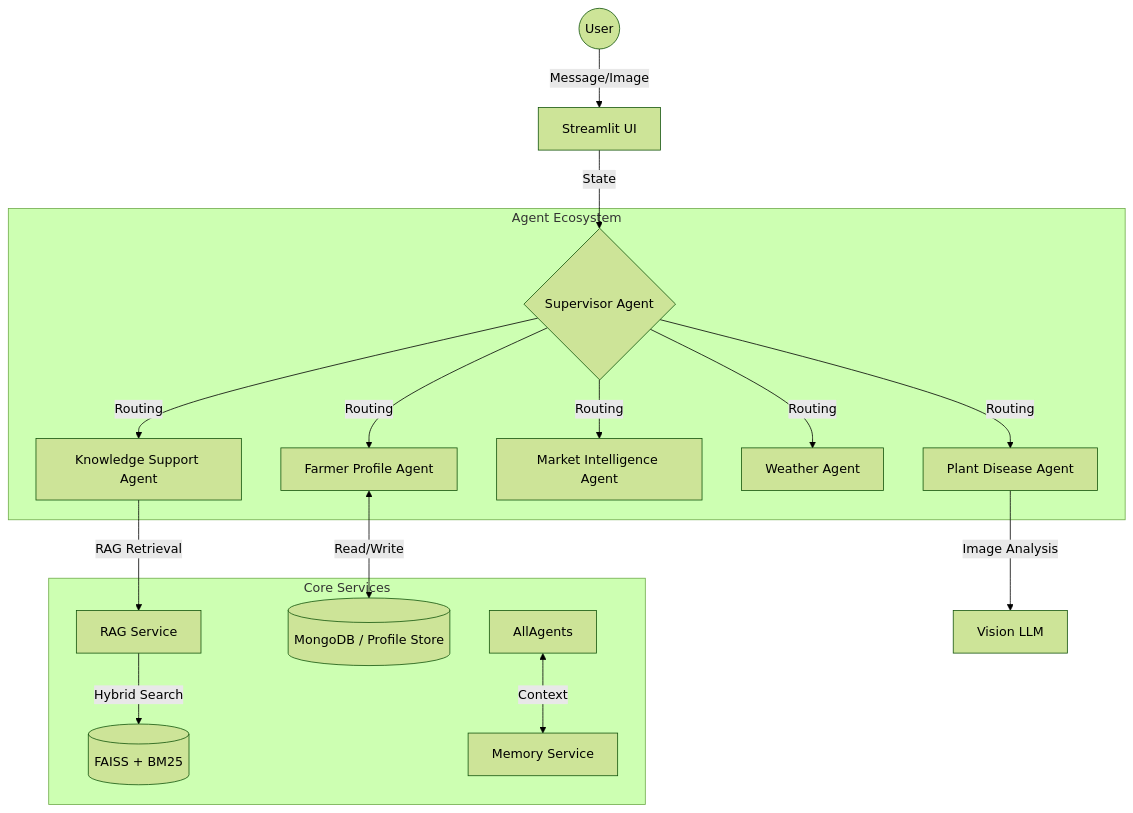
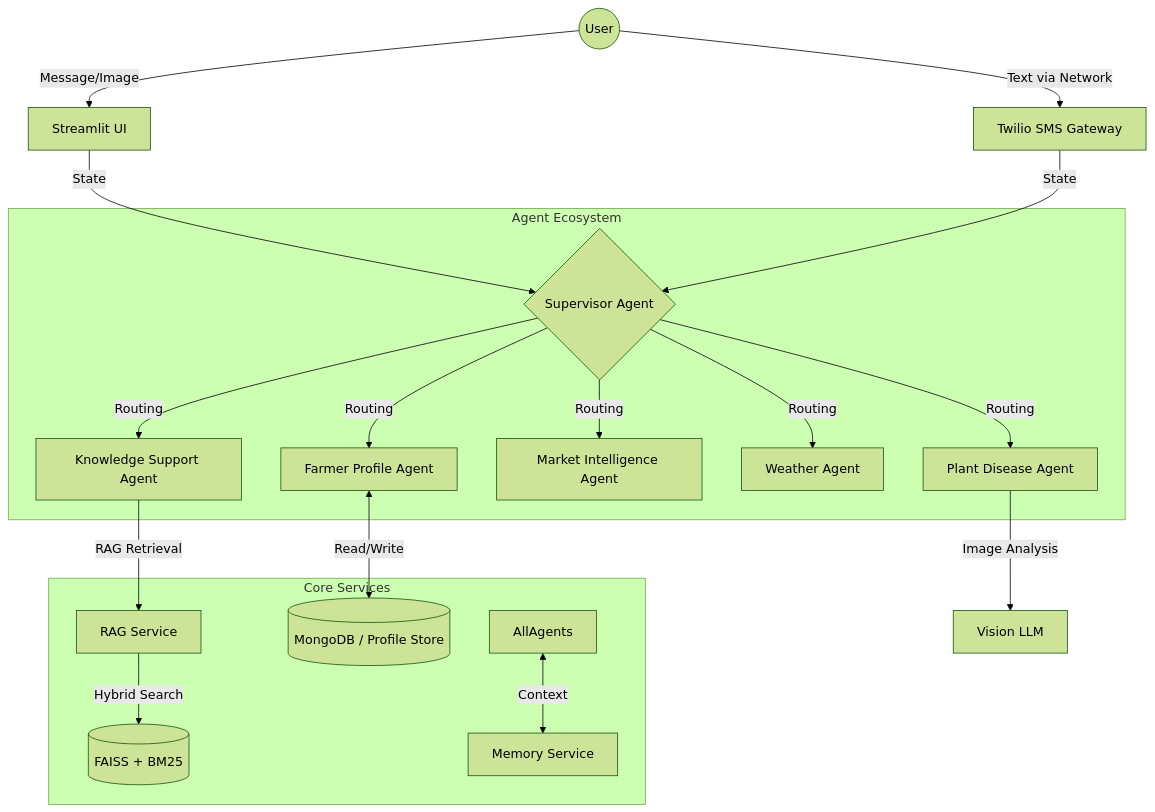
Before and after one commit to BadrinathanTV/Farm-AI: the diagram in README.md, drawn with Mermaid (forest theme). The commit also changed other lines of this file, not shown here.

First line of the commit message:
Integrate SMS gateway for offline user interaction

````diff
--- a/README.md
+++ b/README.md
@@ -18,23 +18,25 @@
 ```mermaid
 graph TD
     User((User)) -->|Message/Image| Streamlit[Streamlit UI]
+    User -->|Text via Network| SMS[Twilio SMS Gateway]
     Streamlit -->|State| Supervisor{Supervisor Agent}
+    SMS -->|State| Supervisor
     
     subgraph "Agent Ecosystem"
         Supervisor -->|Routing| Profile[Farmer Profile Agent]
         Supervisor -->|Routing| Knowledge[Knowledge Support Agent]
         Supervisor -->|Routing| Market[Market Intelligence Agent]
         Supervisor -->|Routing| Weather[Weather Agent]
         Supervisor -->|Routing| Disease[Plant Disease Agent]
     end
 
     subgraph "Core Services"
         Knowledge -->|RAG Retrieval| RAG[RAG Service]
         RAG -->|Hybrid Search| VectorDB[(FAISS + BM25)]
         
         Profile <-->|Read/Write| DB[(MongoDB / Profile Store)]
         AllAgents <-->|Context| Memory[Memory Service]
     end
     
     Disease -->|Image Analysis| VisionModel[Vision LLM]
 ```
````
